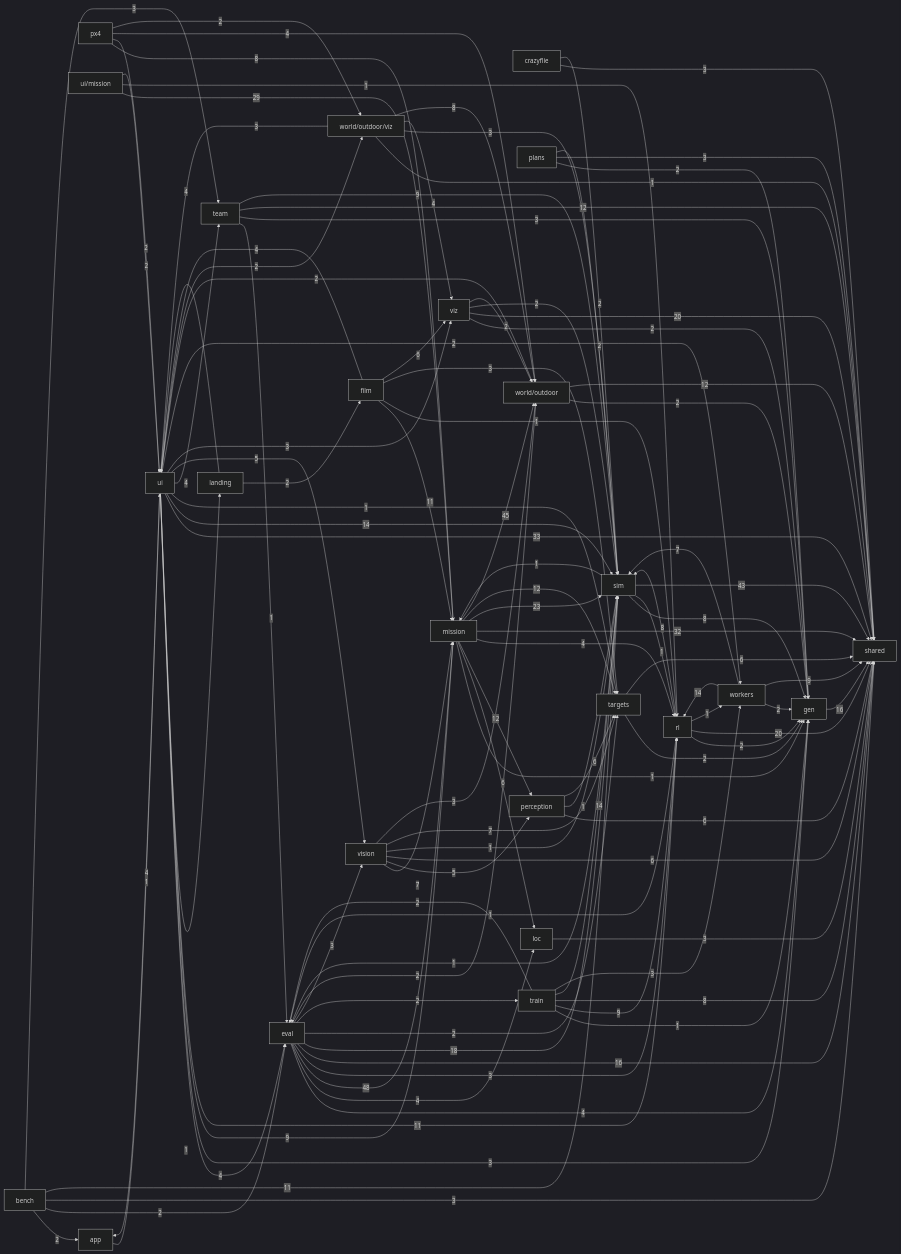
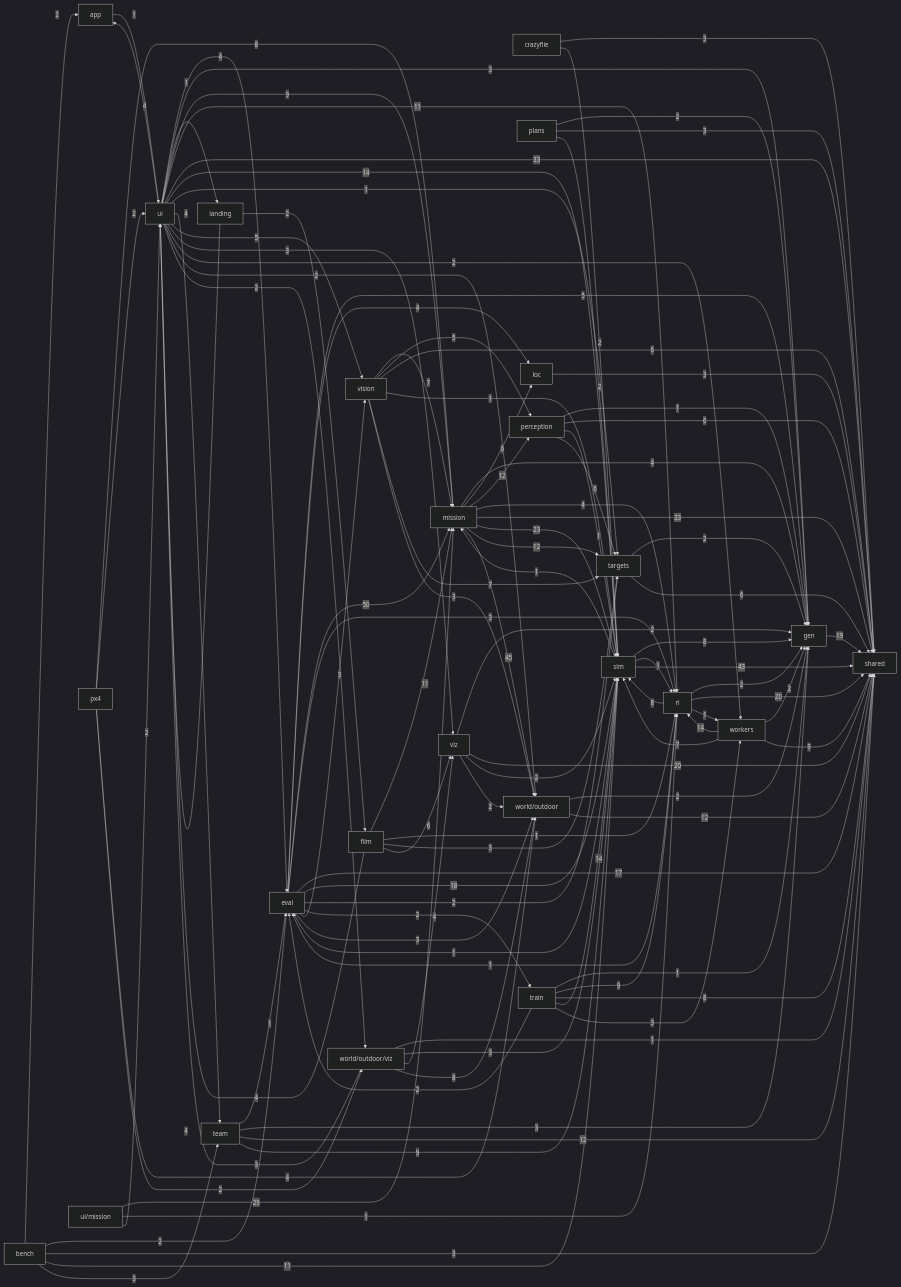
The second of 2 diagrams in docs/ARCHITECTURE.md (alexnieves-cs/frontier-fly), drawn with Mermaid (dark theme) before and after one commit. The commit also changed other lines of this file and 10 other files, not shown here.

```diff
--- a/docs/ARCHITECTURE.md
+++ b/docs/ARCHITECTURE.md
@@ -111,33 +111,34 @@
   bench -->|3| team
   crazyflie -->|3| shared
   crazyflie -->|2| sim
-  eval -->|4| gen
+  eval -->|5| gen
   eval -->|4| loc
-  eval -->|48| mission
+  eval -->|50| mission
   eval -->|3| rl
-  eval -->|16| shared
+  eval -->|17| shared
   eval -->|18| sim
   eval -->|2| targets
   eval -->|2| train
   eval -->|3| vision
-  eval -->|2| world_outdoor
+  eval -->|3| world_outdoor
   film -->|11| mission
   film -->|1| rl
   film -->|3| targets
   film -->|4| ui
   film -->|6| viz
-  gen -->|16| shared
+  gen -->|19| shared
   landing -->|2| film
   landing -->|4| ui
   loc -->|3| shared
-  mission -->|1| gen
+  mission -->|4| gen
   mission -->|6| loc
   mission -->|12| perception
   mission -->|4| rl
-  mission -->|32| shared
+  mission -->|33| shared
   mission -->|23| sim
   mission -->|12| targets
   mission -->|45| world_outdoor
+  perception -->|1| gen
   perception -->|6| shared
   perception -->|1| sim
   perception -->|6| targets
```
